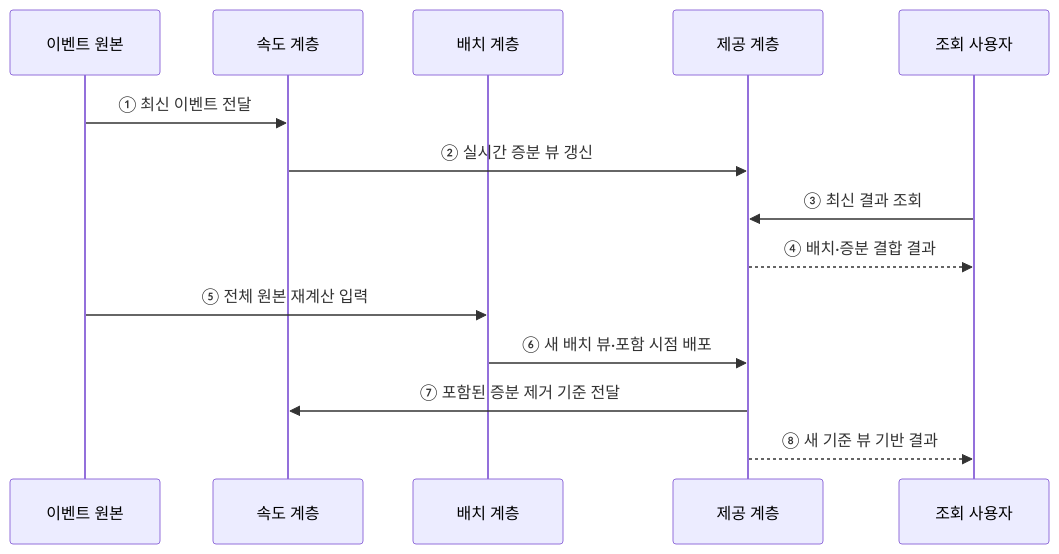
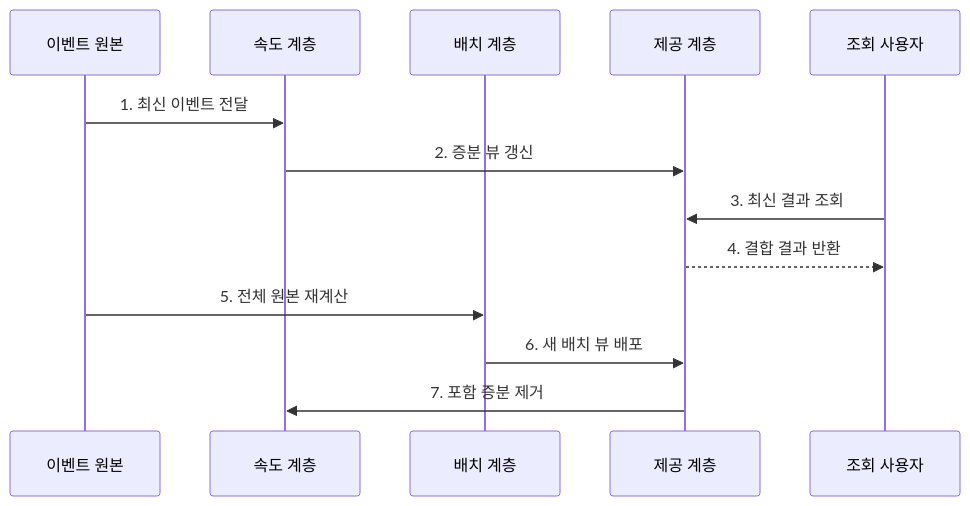
The second of 2 diagrams in src/content/docs/notes/03-software/118_lambda_architecture.md (agnusdei1207/knowledge-base), drawn with Mermaid before and after one commit. The commit also changed other lines of this file and 20 other files, not shown here.

````diff
--- a/src/content/docs/notes/03-software/118_lambda_architecture.md
+++ b/src/content/docs/notes/03-software/118_lambda_architecture.md
@@ -73,16 +78,15 @@
 ```mermaid
 sequenceDiagram
     participant E as 이벤트 원본
     participant S as 속도 계층
     participant B as 배치 계층
     participant V as 제공 계층
     participant Q as 조회 사용자
-    E->>S: ① 최신 이벤트 전달
-    S->>V: ② 실시간 증분 뷰 갱신
-    Q->>V: ③ 최신 결과 조회
-    V-->>Q: ④ 배치·증분 결합 결과
-    E->>B: ⑤ 전체 원본 재계산 입력
-    B->>V: ⑥ 새 배치 뷰·포함 시점 배포
-    V->>S: ⑦ 포함된 증분 제거 기준 전달
-    V-->>Q: ⑧ 새 기준 뷰 기반 결과
+    E->>S: 1. 최신 이벤트 전달
+    S->>V: 2. 증분 뷰 갱신
+    Q->>V: 3. 최신 결과 조회
+    V-->>Q: 4. 결합 결과 반환
+    E->>B: 5. 전체 원본 재계산
+    B->>V: 6. 새 배치 뷰 배포
+    V->>S: 7. 포함 증분 제거
 ```
````
